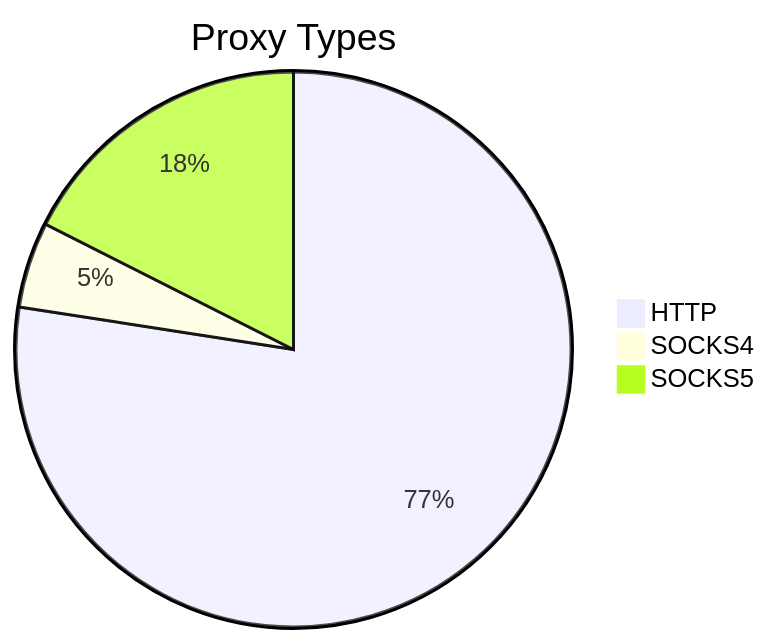
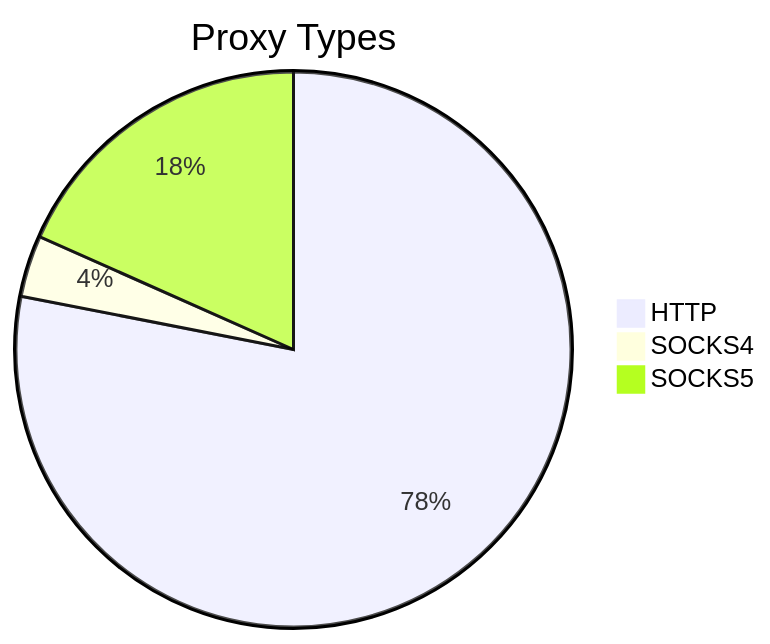
One commit to stormsia/proxy-list changed the first of 2 diagrams in README.md. Above: the diagram before and after it, drawn with Mermaid. The commit also changed other lines of this file, not shown here.

````diff
--- a/README.md
+++ b/README.md
@@ -21,6 +21,6 @@
 ```mermaid
 pie title Proxy Types
-    "HTTP" : 450
-    "SOCKS4" : 29
-    "SOCKS5" : 102
+    "HTTP" : 349
+    "SOCKS4" : 16
+    "SOCKS5" : 82
 ```
````
